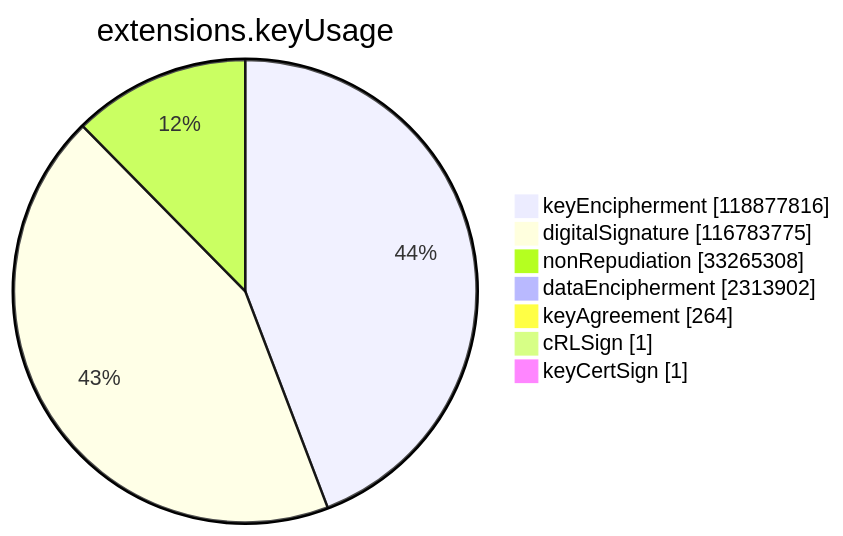
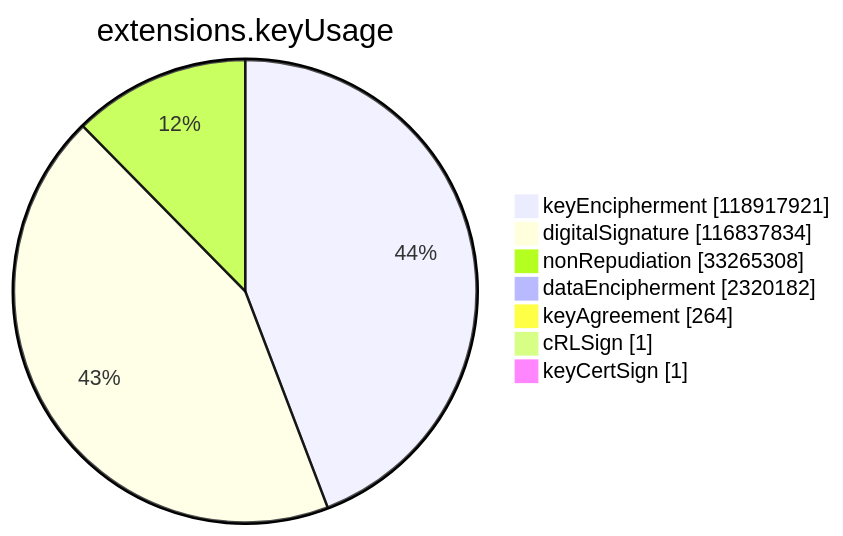
The sixth of 15 diagrams in xenon2023/README.md (christiankrug/ctmonitor_visualization), drawn with Mermaid before and after one commit. The commit also changed other lines of this file, not shown here.

````diff
--- a/xenon2023/README.md
+++ b/xenon2023/README.md
@@ -2141,11 +2141,11 @@
 ```mermaid
 pie showData
 title extensions.keyUsage
-"keyEncipherment" :118877816
-"digitalSignature" :116783775
+"keyEncipherment" :118917921
+"digitalSignature" :116837834
 "nonRepudiation" :33265308
-"dataEncipherment" :2313902
+"dataEncipherment" :2320182
 "keyAgreement" :264
 "cRLSign" :1
 "keyCertSign" :1
 ```
````
